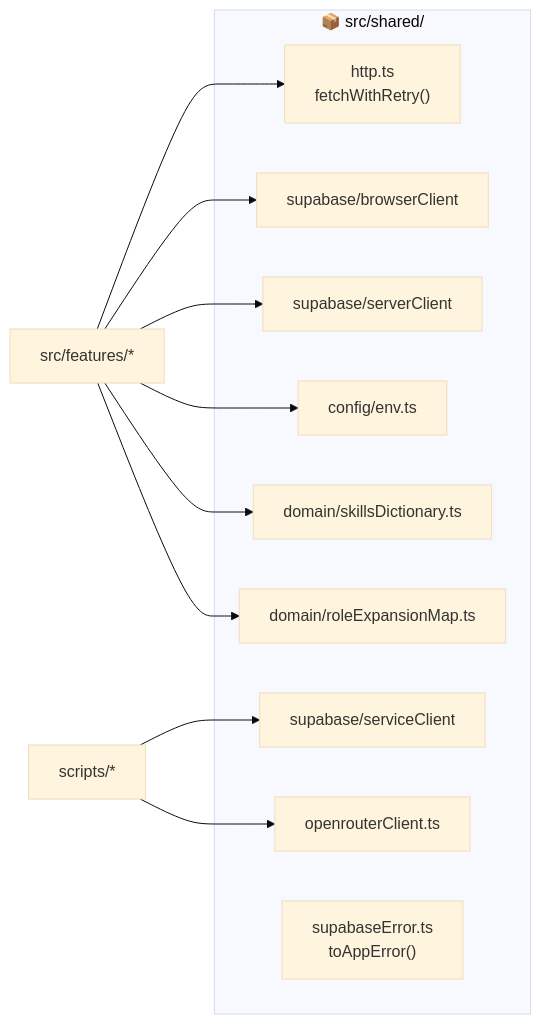
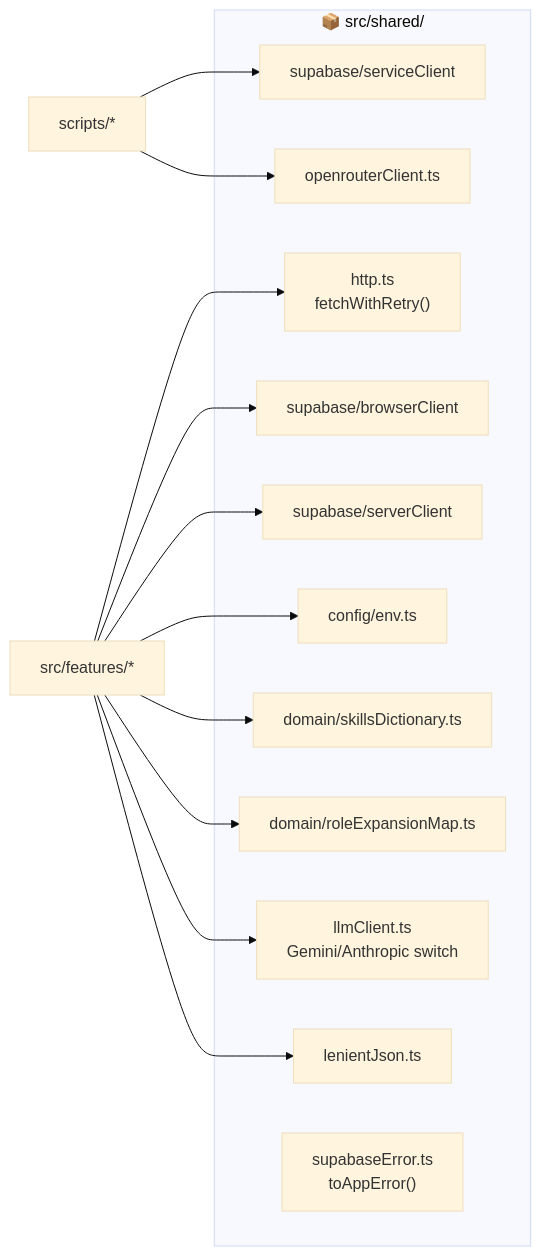
The eighth of 9 diagrams in design/architecture.md (sahidhh/job-scraper), drawn with Mermaid (base theme) before and after one commit. The commit also changed other lines of this file and 30 other files, not shown here.

First line of the commit message:
phase-3: LLM abstraction (Gemini/Anthropic) + AI resume suggestions

````diff
--- a/design/architecture.md
+++ b/design/architecture.md
@@ -296,23 +296,27 @@
 ```mermaid
 flowchart LR
     subgraph shared ["📦 src/shared/"]
         HTTP["http.ts\nfetchWithRetry()"]
         BC["supabase/browserClient"]
         SC["supabase/serverClient"]
         SVC["supabase/serviceClient"]
         OR["openrouterClient.ts"]
+        LLM["llmClient.ts\nGemini/Anthropic switch"]
+        LJSON["lenientJson.ts"]
         ENV["config/env.ts"]
         DICT["domain/skillsDictionary.ts"]
         RMAP["domain/roleExpansionMap.ts"]
         ERR["supabaseError.ts\ntoAppError()"]
     end
 
     Features["src/features/*"] --> HTTP
     Features --> BC
     Features --> SC
     Scripts["scripts/*"] --> SVC
     Scripts --> OR
     Features --> ENV
     Features --> DICT
     Features --> RMAP
+    Features --> LLM
+    Features --> LJSON
 ```
````
